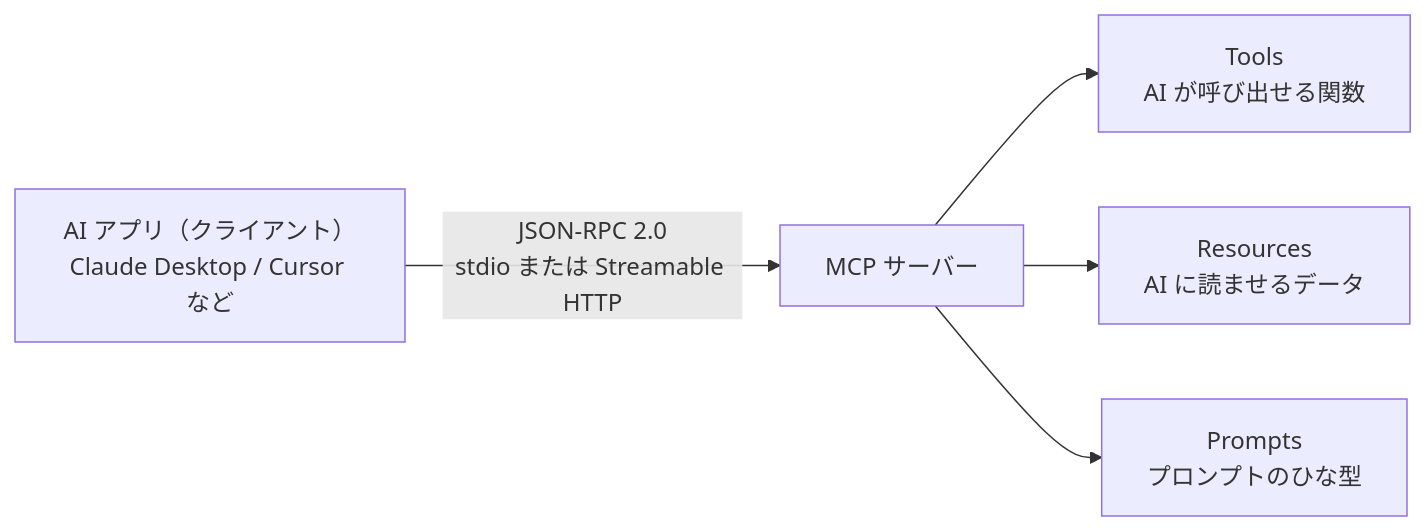
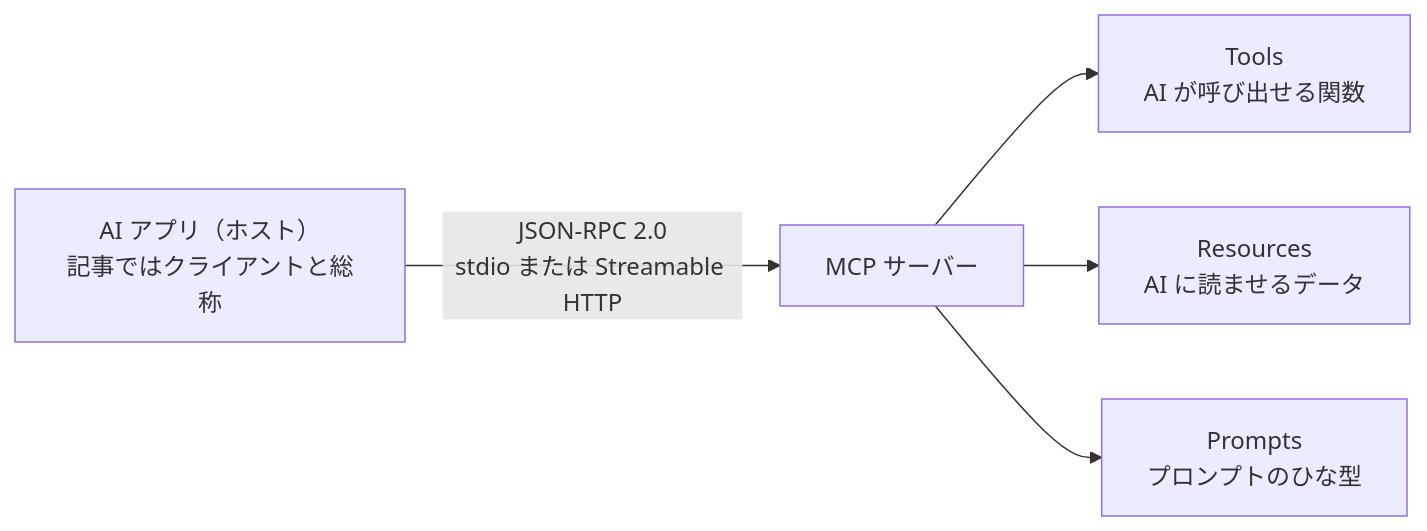
One commit to yamazaki-yuki-23/qiita-tech-blogs changed the first of 5 diagrams in public/2026-08-mcp-2026-07-28.md. Above: the diagram before and after it, drawn with Mermaid. The commit also changed other lines of this file, not shown here.

````diff
--- a/public/2026-08-mcp-2026-07-28.md
+++ b/public/2026-08-mcp-2026-07-28.md
@@ -62,13 +62,13 @@
 ```mermaid
 flowchart LR
-    ai["AI アプリ（クライアント）<br/>Claude Desktop / Cursor など"]
+    ai["AI アプリ（ホスト）<br/>記事ではクライアントと総称"]
     server["MCP サーバー"]
     tools["Tools<br/>AI が呼び出せる関数"]
     resources["Resources<br/>AI に読ませるデータ"]
     prompts["Prompts<br/>プロンプトのひな型"]
 
     ai -->|"JSON-RPC 2.0<br/>stdio または Streamable HTTP"| server
     server --> tools
     server --> resources
     server --> prompts
 ```
````
